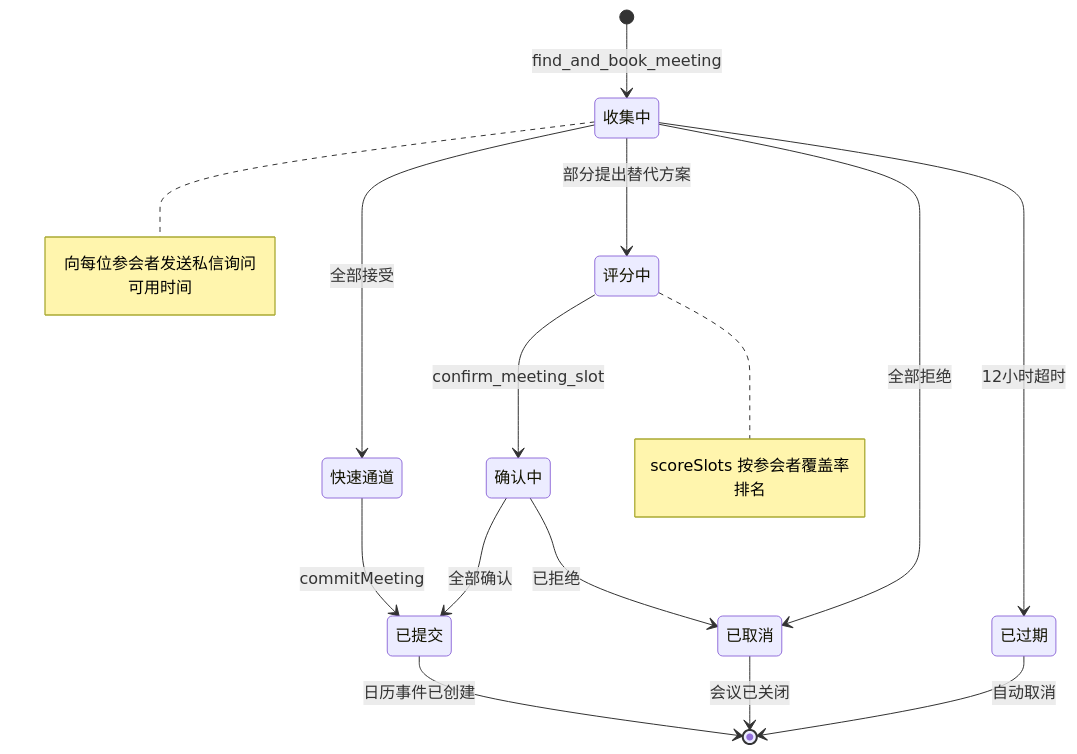
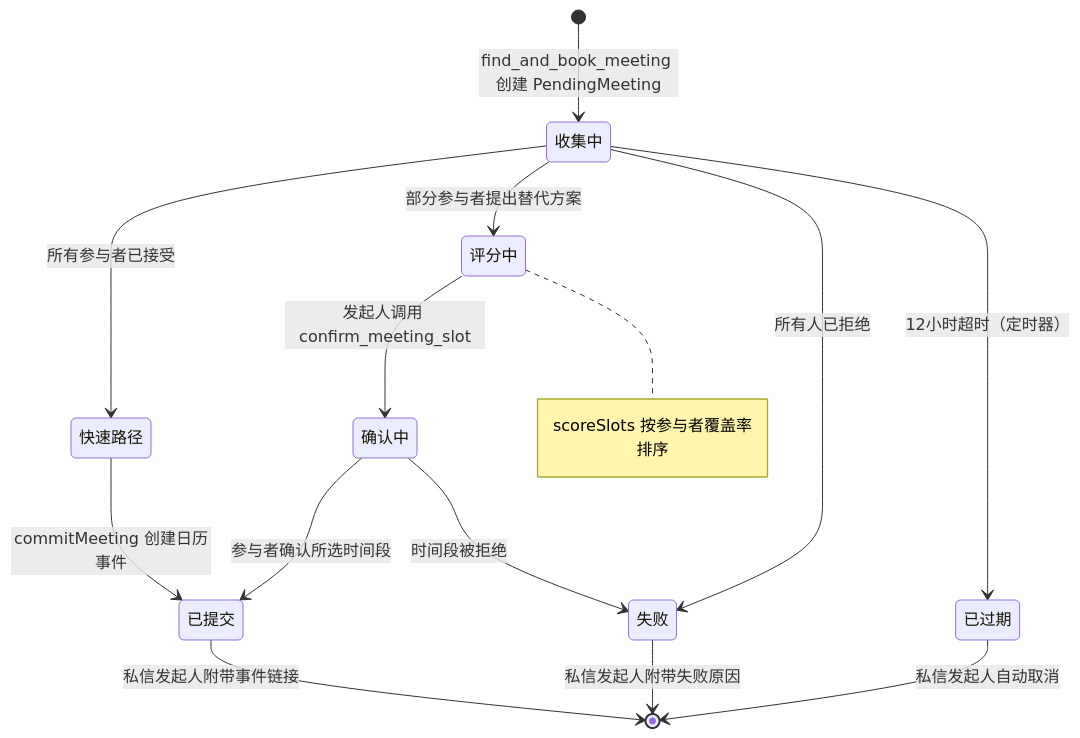
One commit to javana3/claw_meeting_all changed the fifth of 13 diagrams in README.zh-CN.md. Above: the diagram before and after it, drawn with Mermaid. The commit also changed other lines of this file and 4 other files, not shown here.

First line of the commit message:
docs: rewrite all 5 READMEs with detailed Plugin/Skill flow + diff

````diff
--- a/README.zh-CN.md
+++ b/README.zh-CN.md
@@ -106,22 +139,21 @@
 ```mermaid
 stateDiagram-v2
-    [*] --> 收集中: find_and_book_meeting
-    note right of 收集中: 向每位参会者发送私信询问可用时间
+    [*] --> 收集中: find_and_book_meeting 创建 PendingMeeting
 
-    收集中 --> 快速通道: 全部接受
-    收集中 --> 评分中: 部分提出替代方案
-    收集中 --> 已取消: 全部拒绝
-    收集中 --> 已过期: 12小时超时
+    收集中 --> 快速路径: 所有参与者已接受
+    收集中 --> 评分中: 部分参与者提出替代方案
+    收集中 --> 失败: 所有人已拒绝
+    收集中 --> 已过期: 12小时超时（定时器）
 
-    快速通道 --> 已提交: commitMeeting
+    快速路径 --> 已提交: commitMeeting 创建日历事件
 
-    评分中 --> 确认中: confirm_meeting_slot
-    note right of 评分中: scoreSlots 按参会者覆盖率排名
+    评分中 --> 确认中: 发起人调用 confirm_meeting_slot
+    note right of 评分中: scoreSlots 按参与者覆盖率排序
 
-    确认中 --> 已提交: 全部确认
-    确认中 --> 已取消: 已拒绝
+    确认中 --> 已提交: 参与者确认所选时间段
+    确认中 --> 失败: 时间段被拒绝
 
-    已提交 --> [*]: 日历事件已创建
-    已取消 --> [*]: 会议已关闭
-    已过期 --> [*]: 自动取消
+    已提交 --> [*]: 私信发起人附带事件链接
+    失败 --> [*]: 私信发起人附带失败原因
+    已过期 --> [*]: 私信发起人自动取消
 ```
````
